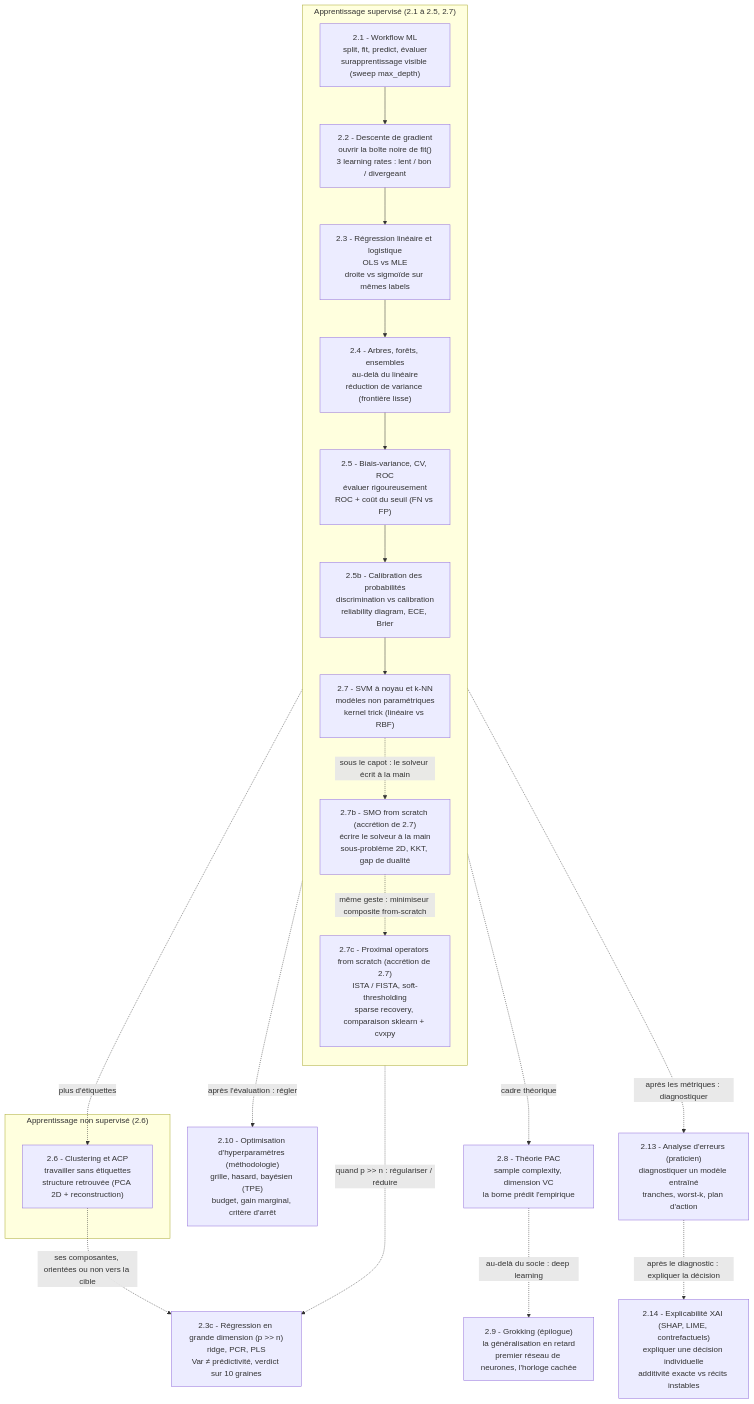
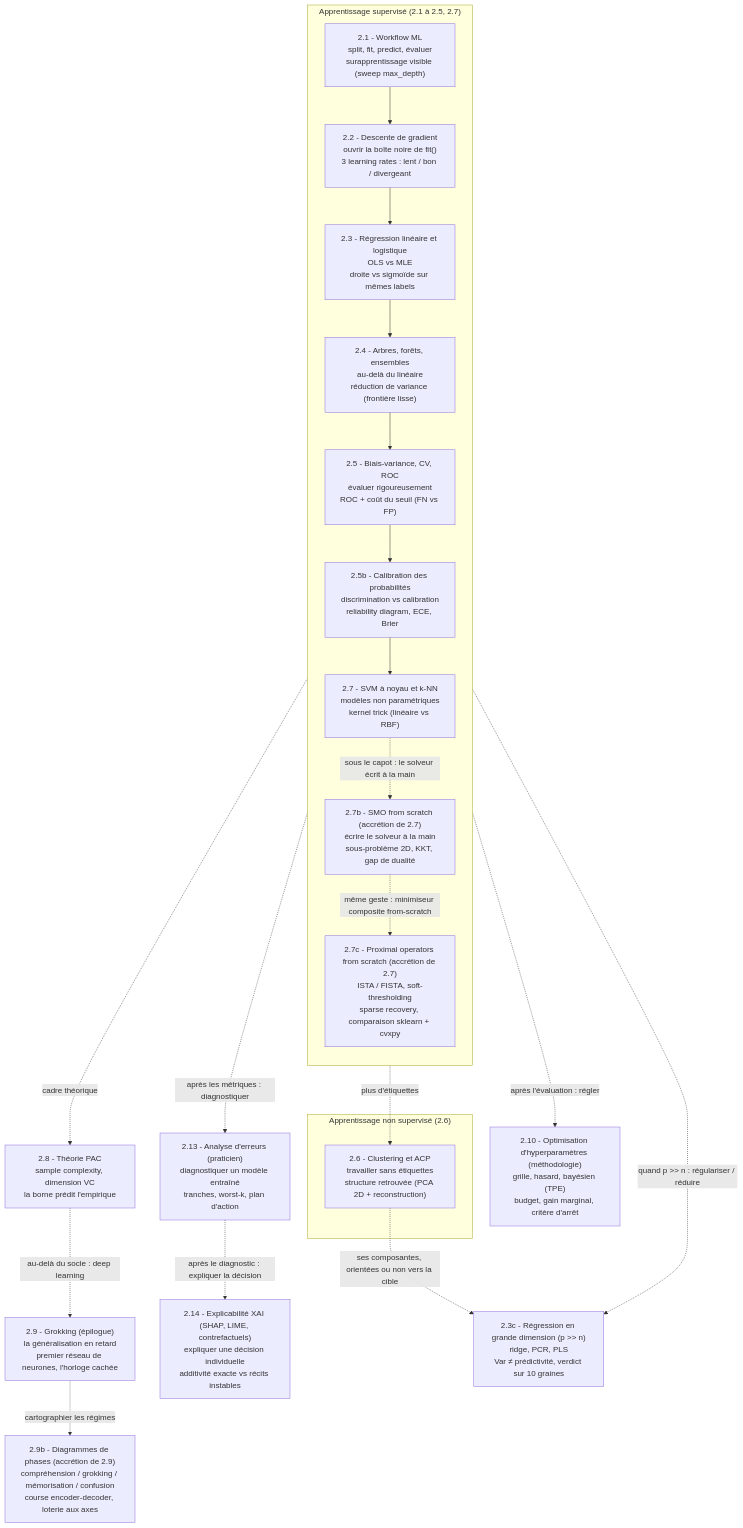
The diagram in MyIA.AI.Notebooks/ML/DataScienceWithAgents/02-ML-Cours/README.md (jsboige/CoursIA), drawn with Mermaid before and after one commit. The commit also changed other lines of this file and 1 other file, not shown here.

First line of the commit message:
feat(ml,#16742): add 2.9b-Grokking-Diagrammes-Phases notebook (R02 phase diagrams)

````diff
--- a/MyIA.AI.Notebooks/ML/DataScienceWithAgents/02-ML-Cours/README.md
+++ b/MyIA.AI.Notebooks/ML/DataScienceWithAgents/02-ML-Cours/README.md
@@ -100,35 +103,37 @@
 ```mermaid
 flowchart TD
     subgraph SUP["Apprentissage supervisé (2.1 à 2.5, 2.7)"]
       direction TB
       A["2.1 - Workflow ML<br/>split, fit, predict, évaluer<br/>surapprentissage visible (sweep max_depth)"]
       B["2.2 - Descente de gradient<br/>ouvrir la boîte noire de fit()<br/>3 learning rates : lent / bon / divergeant"]
       C["2.3 - Régression linéaire et logistique<br/>OLS vs MLE<br/>droite vs sigmoïde sur mêmes labels"]
       D["2.4 - Arbres, forêts, ensembles<br/>au-delà du linéaire<br/>réduction de variance (frontière lisse)"]
       E["2.5 - Biais-variance, CV, ROC<br/>évaluer rigoureusement<br/>ROC + coût du seuil (FN vs FP)"]
       E2["2.5b - Calibration des probabilités<br/>discrimination vs calibration<br/>reliability diagram, ECE, Brier"]
       G["2.7 - SVM à noyau et k-NN<br/>modèles non paramétriques<br/>kernel trick (linéaire vs RBF)"]
       M["2.7b - SMO from scratch (accrétion de 2.7)<br/>écrire le solveur à la main<br/>sous-problème 2D, KKT, gap de dualité"]
       N["2.7c - Proximal operators from scratch (accrétion de 2.7)<br/>ISTA / FISTA, soft-thresholding<br/>sparse recovery, comparaison sklearn + cvxpy"]
       A --> B --> C --> D --> E --> E2 --> G
       G -. "sous le capot : le solveur écrit à la main" .-> M
       M -. "même geste : minimiseur composite from-scratch" .-> N
     end
     subgraph UNSUP["Apprentissage non supervisé (2.6)"]
       F["2.6 - Clustering et ACP<br/>travailler sans étiquettes<br/>structure retrouvée (PCA 2D + reconstruction)"]
     end
     H["2.8 - Théorie PAC<br/>sample complexity, dimension VC<br/>la borne prédit l'empirique"]
     I["2.9 - Grokking (épilogue)<br/>la généralisation en retard<br/>premier réseau de neurones, l'horloge cachée"]
+    I2["2.9b - Diagrammes de phases (accrétion de 2.9)<br/>compréhension / grokking / mémorisation / confusion<br/>course encoder-decoder, loterie aux axes"]
     E -. "plus d'étiquettes" .-> F
     E -. "cadre théorique" .-> H
     H -. "au-delà du socle : deep learning" .-> I
+    I -. "cartographier les régimes" .-> I2
     J["2.13 - Analyse d'erreurs (praticien)<br/>diagnostiquer un modèle entraîné<br/>tranches, worst-k, plan d'action"]
     E -. "après les métriques : diagnostiquer" .-> J
     O["2.14 - Explicabilité XAI (SHAP, LIME, contrefactuels)<br/>expliquer une décision individuelle<br/>additivité exacte vs récits instables"]
     J -. "après le diagnostic : expliquer la décision" .-> O
     K["2.10 - Optimisation d'hyperparamètres (méthodologie)<br/>grille, hasard, bayésien (TPE)<br/>budget, gain marginal, critère d'arrêt"]
     E -. "après l'évaluation : régler" .-> K
     L["2.3c - Régression en grande dimension (p >> n)<br/>ridge, PCR, PLS<br/>Var ≠ prédictivité, verdict sur 10 graines"]
     C -. "quand p >> n : régulariser / réduire" .-> L
     F -. "ses composantes, orientées ou non vers la cible" .-> L
 ```
````
